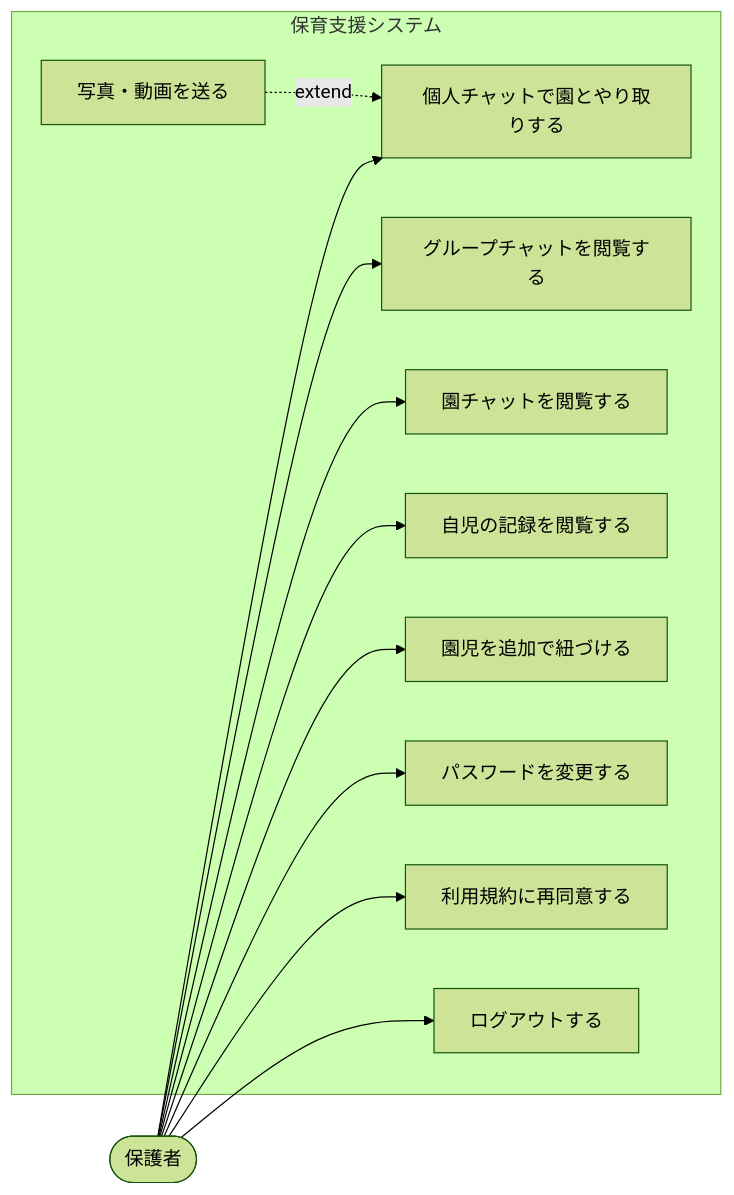
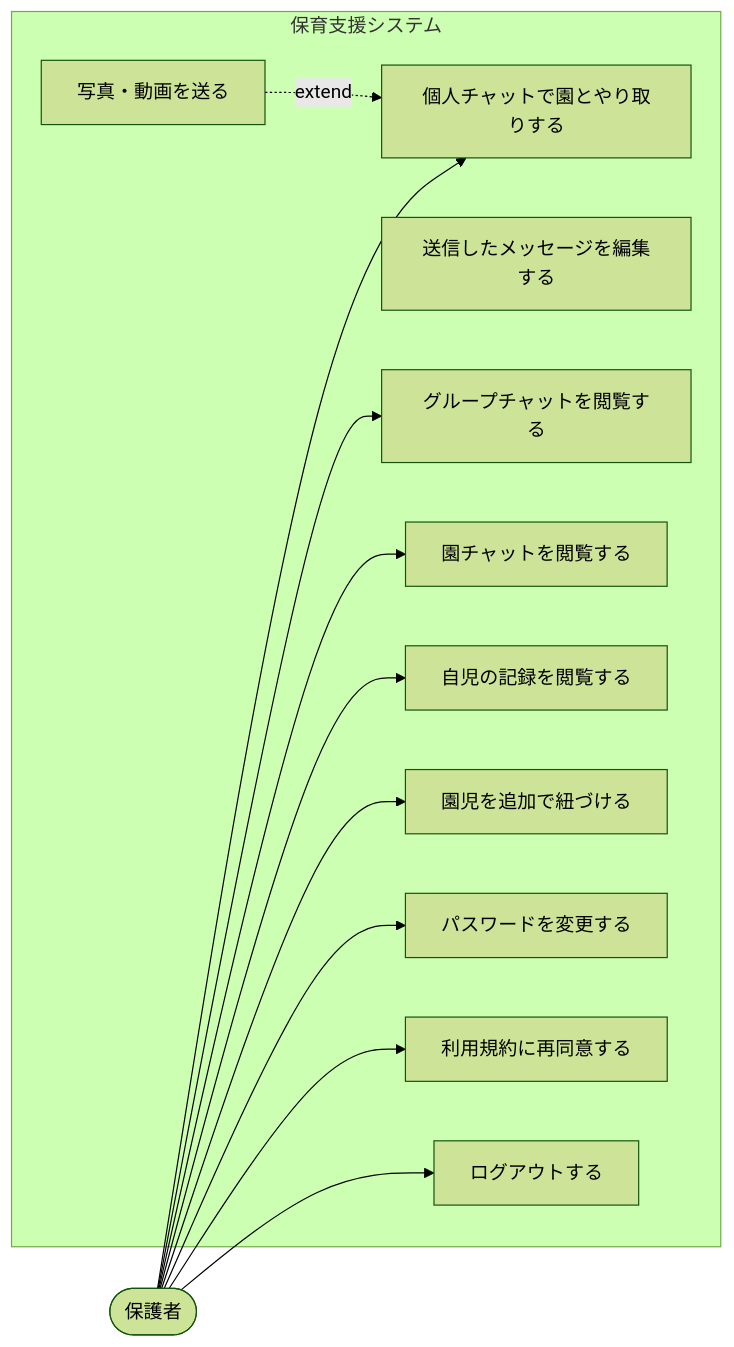
Before and after one commit to issei0423/sukusuku_system: the third of 5 diagrams in 図/ユースケース図.md, drawn with Mermaid (forest theme). The commit also changed other lines of this file and 10 other files, not shown here.

First line of the commit message:
基本設計書 第2.0版の「メッセージの編集」に各図と実装を追随させた

````diff
--- a/図/ユースケース図.md
+++ b/図/ユースケース図.md
@@ -118,26 +119,27 @@
 ```mermaid
 flowchart LR
     GUARD(["保護者"])
 
     subgraph SYS["保育支援システム"]
         G1["個人チャットで園とやり取りする"]
+        G1b["送信したメッセージを編集する"]
         G2["グループチャットを閲覧する"]
         G3["園チャットを閲覧する"]
         G4["自児の記録を閲覧する"]
         G5["写真・動画を送る"]
         G6["園児を追加で紐づける"]
         G7["パスワードを変更する"]
         G8["利用規約に再同意する"]
         G9["ログアウトする"]
     end
 
     GUARD --> G1
     GUARD --> G2
     GUARD --> G3
     GUARD --> G4
     GUARD --> G6
     GUARD --> G7
     GUARD --> G8
     GUARD --> G9
     G5 -.->|extend| G1
 ```
````
